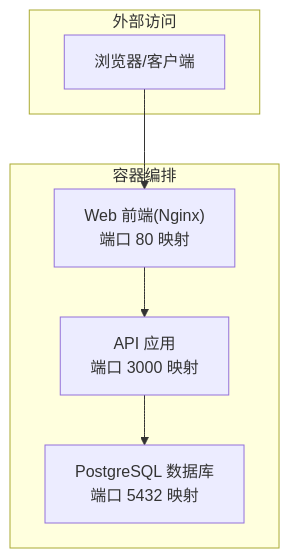
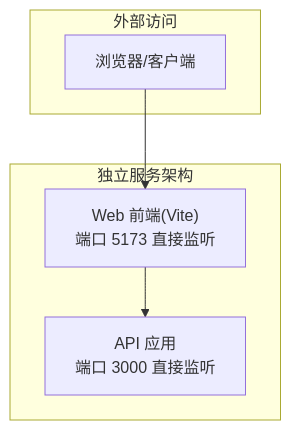
Before and after one commit to hanksd769-droid/sailshub: the first of 4 diagrams in .qoder/repowiki/zh/content/部署与运维/部署与运维.md, drawn with Mermaid. The commit also changed other lines of this file and 6 other files, not shown here.

````diff
--- a/.qoder/repowiki/zh/content/部署与运维/部署与运维.md
+++ b/.qoder/repowiki/zh/content/部署与运维/部署与运维.md
@@ -63,14 +57,12 @@
 ```mermaid
 graph TB
-subgraph "容器编排"
-DB["PostgreSQL 数据库<br/>端口 5432 映射"]
-API["API 应用<br/>端口 3000 映射"]
-WEB["Web 前端(Nginx)<br/>端口 80 映射"]
+subgraph "独立服务架构"
+API["API 应用<br/>端口 3000 直接监听"]
+WEB["Web 前端(Vite)<br/>端口 5173 直接监听"]
 end
 subgraph "外部访问"
 Client["浏览器/客户端"]
 end
 Client --> WEB
 WEB --> API
-API --> DB
 ```
````
